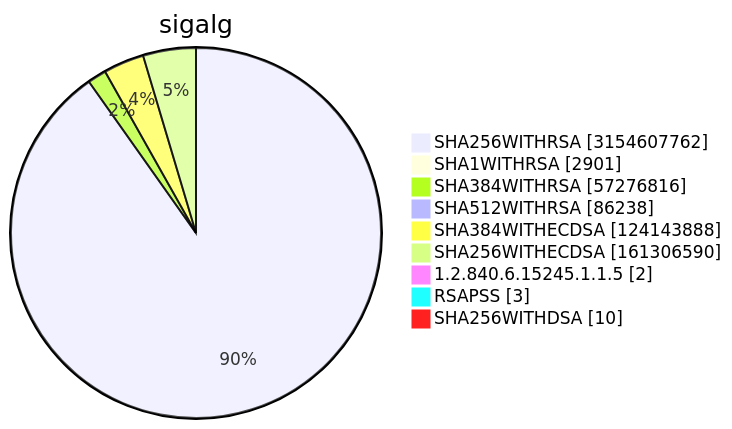
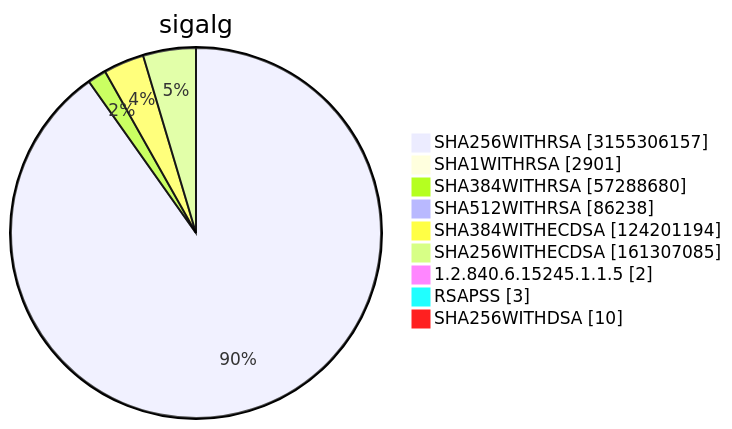
One commit to christiankrug/ctmonitor_visualization changed diagram 15 of 15 in TOTAL/README.md. Above: the diagram before and after it, drawn with Mermaid. The commit also changed other lines of this file, not shown here.

````diff
--- a/TOTAL/README.md
+++ b/TOTAL/README.md
@@ -6213,13 +6214,13 @@
 ```mermaid
 pie showData
 title sigalg
-"SHA256WITHRSA" :3154607762
+"SHA256WITHRSA" :3155306157
 "SHA1WITHRSA" :2901
-"SHA384WITHRSA" :57276816
+"SHA384WITHRSA" :57288680
 "SHA512WITHRSA" :86238
-"SHA384WITHECDSA" :124143888
-"SHA256WITHECDSA" :161306590
+"SHA384WITHECDSA" :124201194
+"SHA256WITHECDSA" :161307085
 "1.2.840.6.15245.1.1.5" :2
 "RSAPSS" :3
 "SHA256WITHDSA" :10
 ```
````
